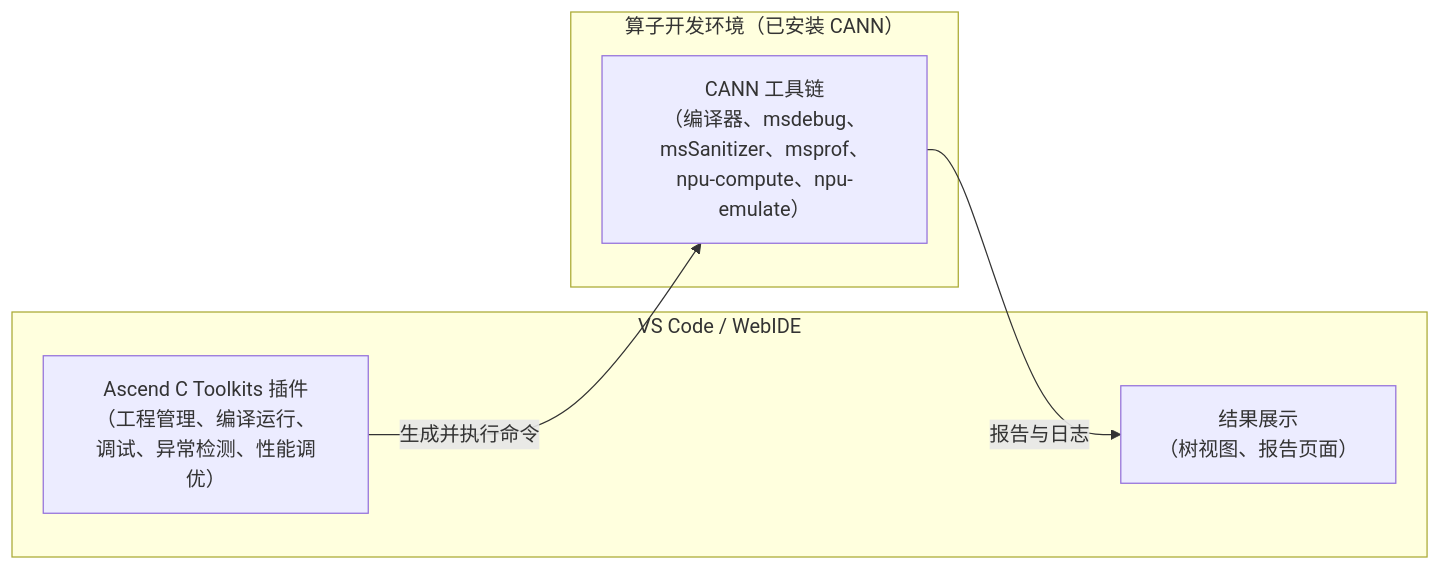
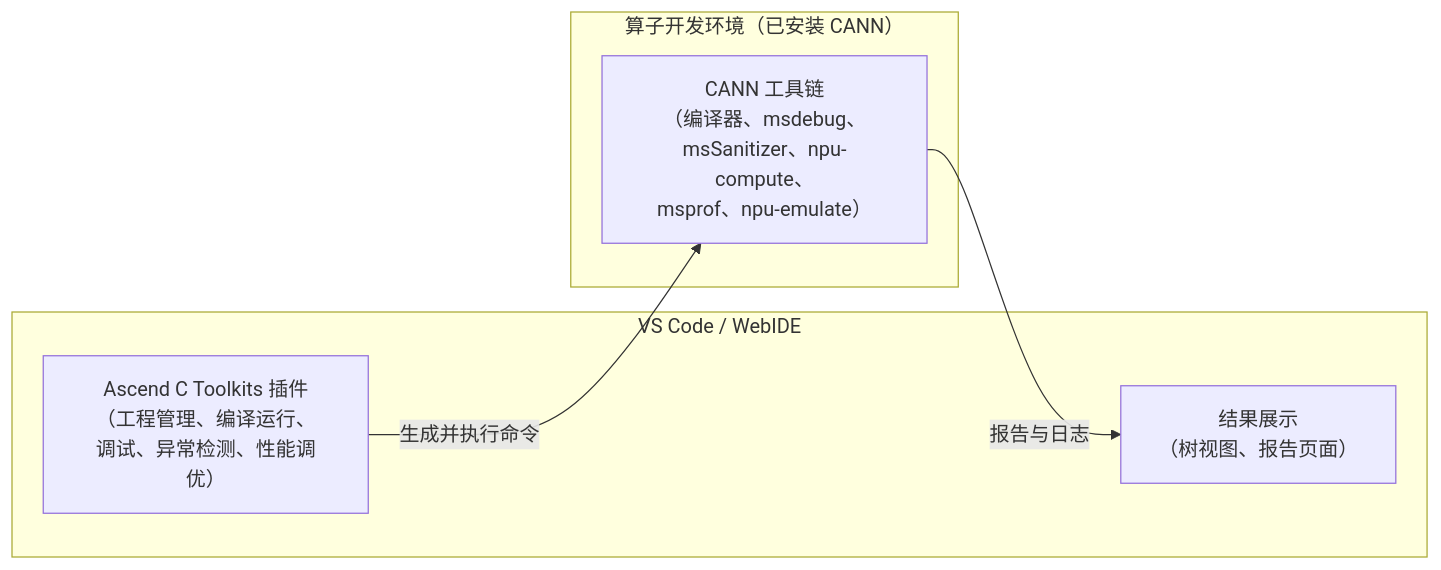
One commit to IdeFrontend/opdev_plugin changed the diagram in README.md. Above: the diagram before and after it, drawn with Mermaid.

Commit message:
docs: 优化架构图展示

````diff
--- a/README.md
+++ b/README.md
@@ -25,12 +25,12 @@
 ```mermaid
 flowchart LR
   subgraph IDE["VS Code / WebIDE"]
     UI["Ascend C Toolkits 插件<br/>（工程管理、编译运行、<br/>调试、异常检测、性能调优）"]
     View["结果展示<br/>（树视图、报告页面）"]
   end
   subgraph Env["算子开发环境（已安装 CANN）"]
-    Tools["CANN 工具链<br/>（编译器、msdebug、<br/>msSanitizer、msprof、<br/>npu-compute、npu-emulate）"]
+    Tools["CANN 工具链<br/>（编译器、msdebug、<br/>msSanitizer、npu-compute、<br/>msprof、npu-emulate）"]
   end
   UI -->|生成并执行命令| Tools
   Tools -->|报告与日志| View
 ```
````
